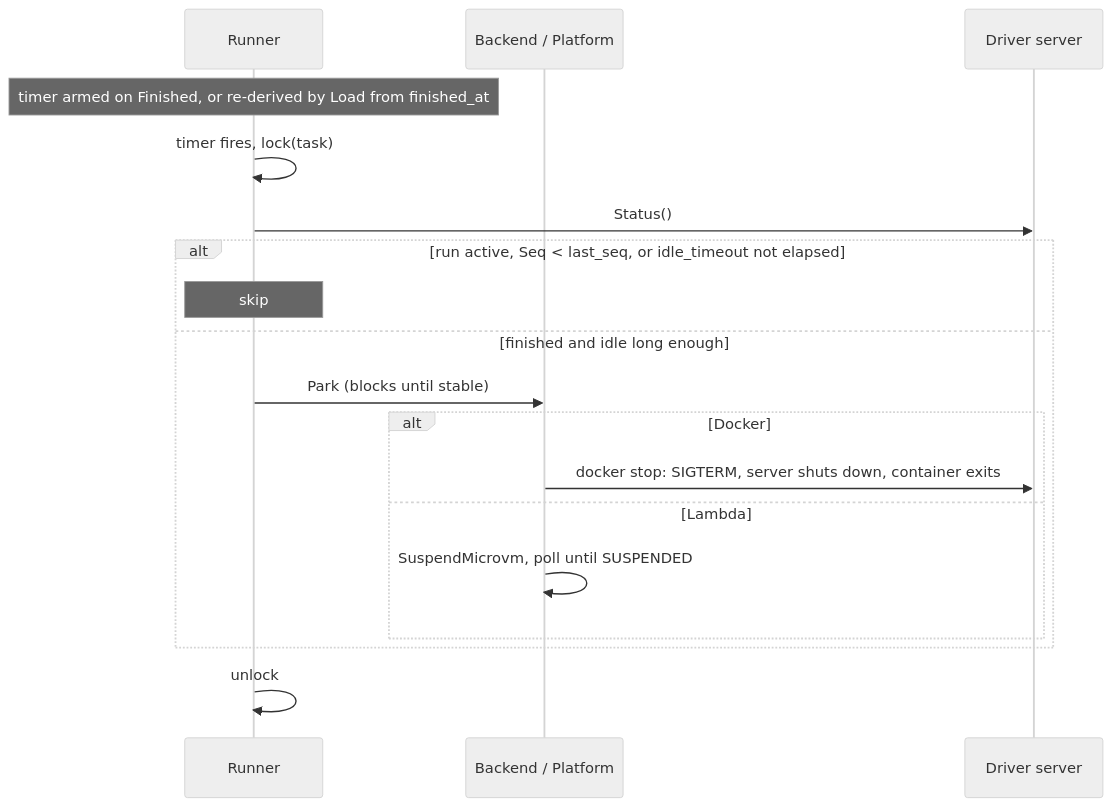
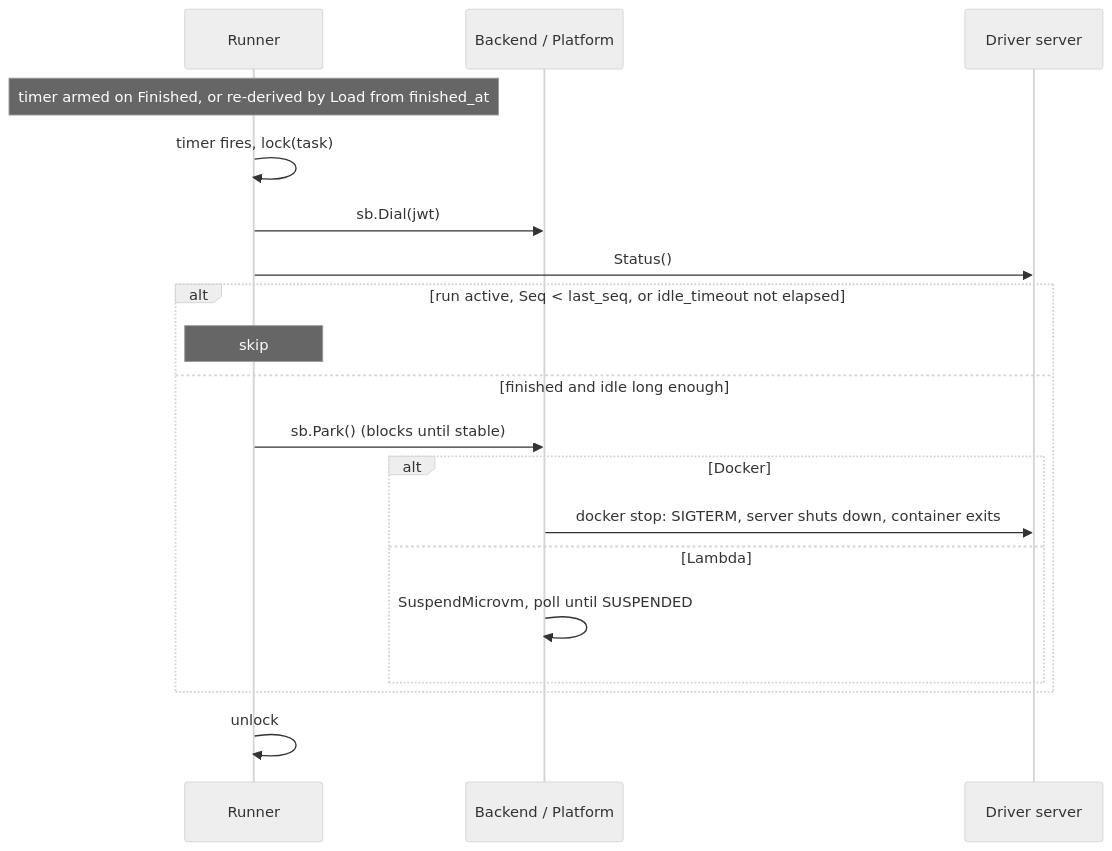
Before and after one commit to gritzapp/gritz: the sixth of 6 diagrams in proposals/draft/driver-server.md, drawn with Mermaid (neutral theme). The commit also changed other lines of this file, not shown here.

````diff
--- a/proposals/draft/driver-server.md
+++ b/proposals/draft/driver-server.md
@@ -699,21 +761,22 @@
 ```mermaid
 sequenceDiagram
     participant R as Runner
     participant P as Backend / Platform
     participant D as Driver server
 
     Note over R: timer armed on Finished, or re-derived by Load from finished_at
     R->>R: timer fires, lock(task)
+    R->>P: sb.Dial(jwt)
     R->>D: Status()
     alt run active, Seq < last_seq, or idle_timeout not elapsed
         Note over R: skip
     else finished and idle long enough
-        R->>P: Park (blocks until stable)
+        R->>P: sb.Park() (blocks until stable)
         alt Docker
             P->>D: docker stop: SIGTERM, server shuts down, container exits
         else Lambda
             P->>P: SuspendMicrovm, poll until SUSPENDED
         end
     end
     R->>R: unlock
 ```
````
